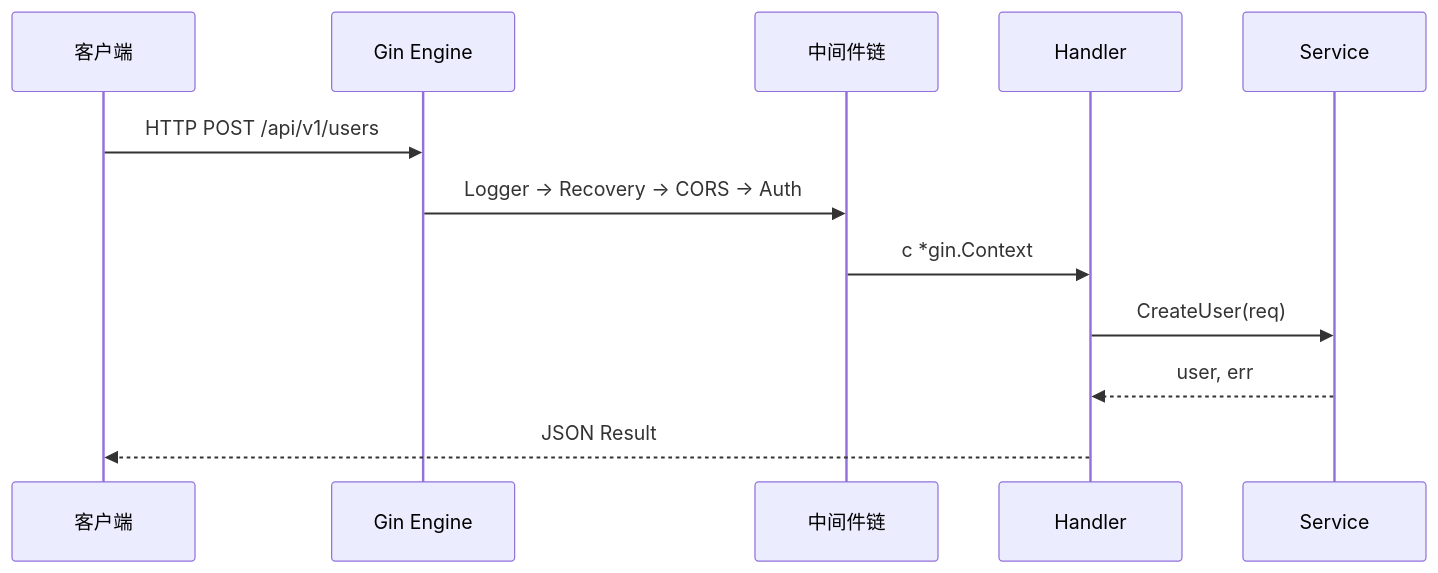
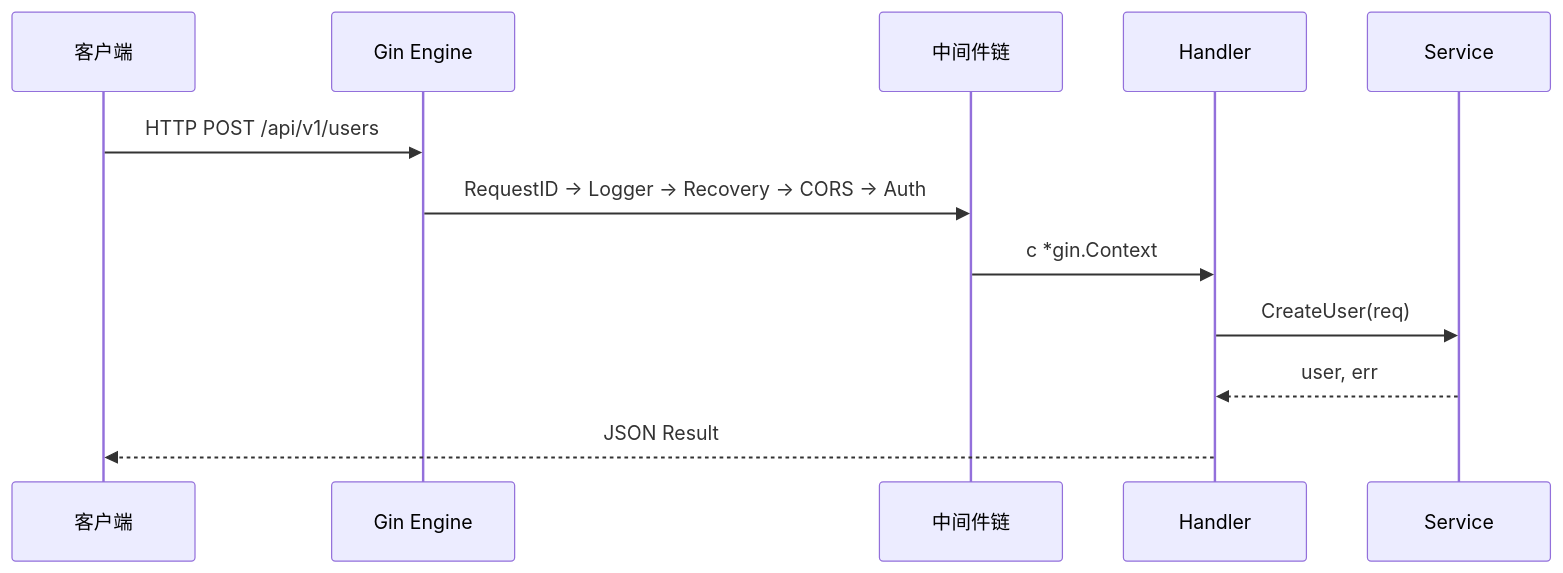
Before and after one commit to moqix26/study: the first of 3 diagrams in 后端学习/Go/06-Gin框架核心与中间件.md, drawn with Mermaid. The commit also changed other lines of this file and 46 other files, not shown here.

````diff
--- a/后端学习/Go/06-Gin框架核心与中间件.md
+++ b/后端学习/Go/06-Gin框架核心与中间件.md
@@ -97,15 +86,15 @@
 ```mermaid
 sequenceDiagram
     participant Client as 客户端
     participant Gin as Gin Engine
     participant MW as 中间件链
     participant H as Handler
     participant S as Service
 
     Client->>Gin: HTTP POST /api/v1/users
-    Gin->>MW: Logger → Recovery → CORS → Auth
+    Gin->>MW: RequestID → Logger → Recovery → CORS → Auth
     MW->>H: c *gin.Context
     H->>S: CreateUser(req)
     S-->>H: user, err
     H-->>Client: JSON Result
 ```
````
